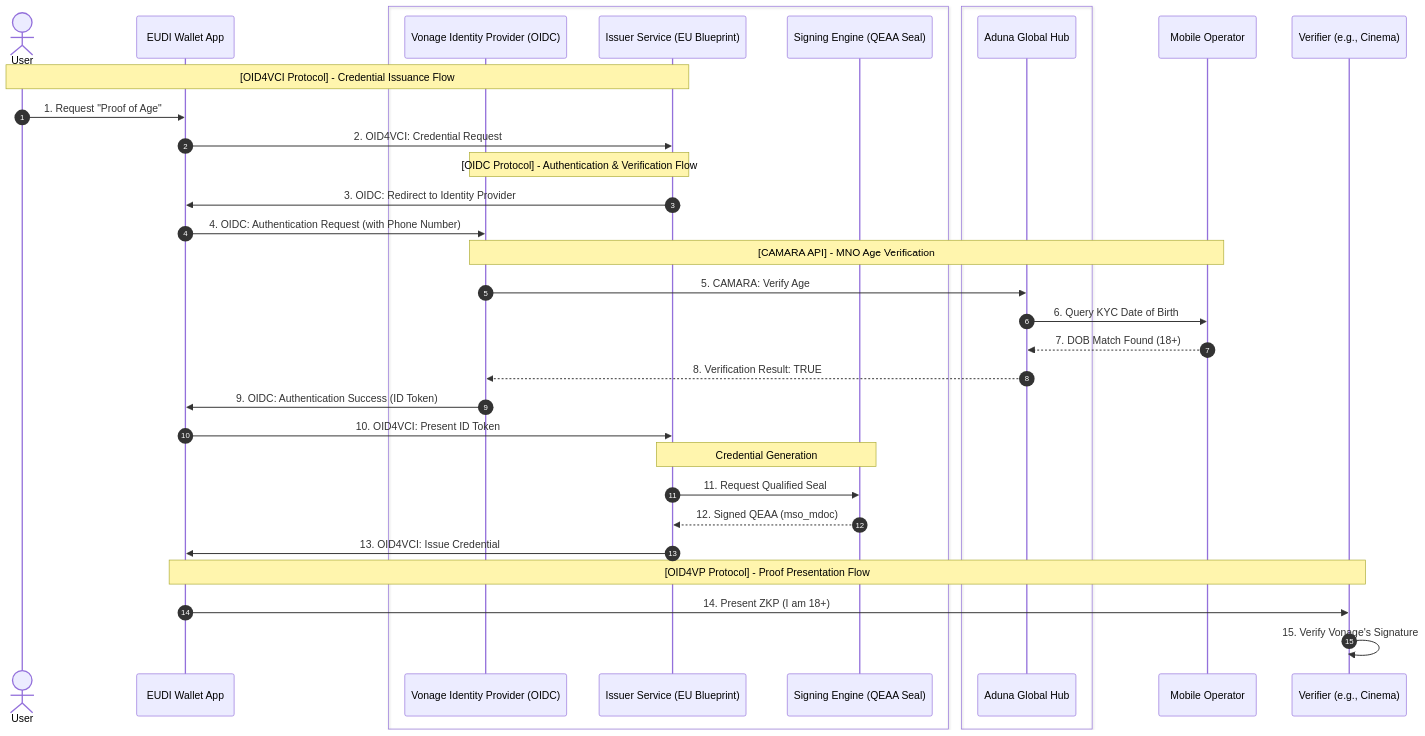
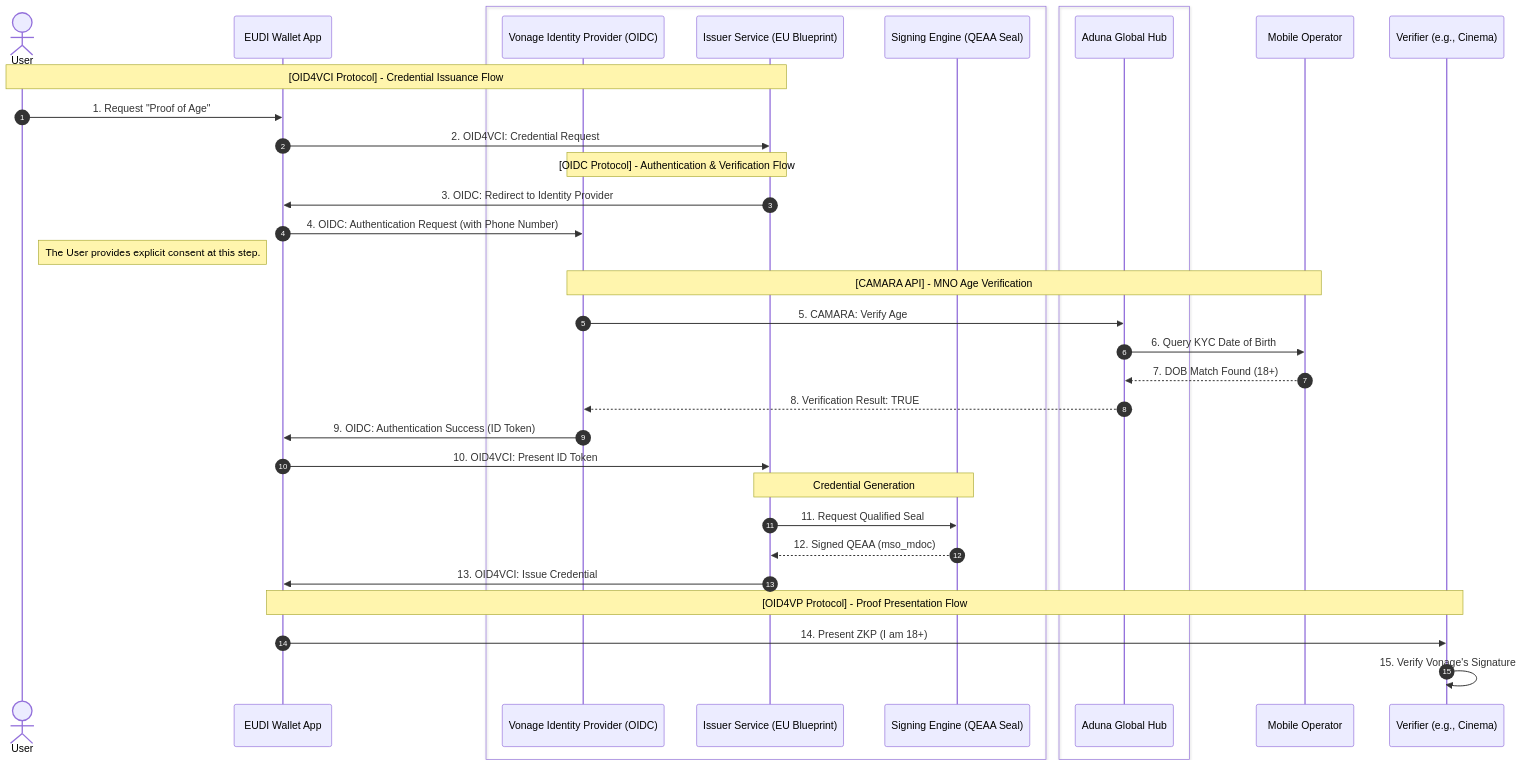
Before and after one commit to hope-vonage/eIDAS-age-verification-blueprint: the diagram in architecture.md, drawn with Mermaid. The commit also changed other lines of this file, not shown here.

Commit message:
docs: Clarify user consent step in architecture

````diff
--- a/architecture.md
+++ b/architecture.md
@@ -9,46 +9,47 @@
 ```mermaid
 sequenceDiagram
     autonumber
     actor User
     participant Wallet as EUDI Wallet App
 
     box #F9F9F9 "Vonage Services"
         participant IdP as Vonage Identity Provider (OIDC)
         participant Iss as Issuer Service (EU Blueprint)
         participant Sign as Signing Engine (QEAA Seal)
     end
     
     box #E1F5FE "Verification Hub"
         participant Aduna as Aduna Global Hub
     end
     
     participant MNO as Mobile Operator
     participant Ver as Verifier (e.g., Cinema)
 
     Note over User, Iss: [OID4VCI Protocol] - Credential Issuance Flow
     User->>Wallet: 1. Request "Proof of Age"
     Wallet->>Iss: 2. OID4VCI: Credential Request
     
     Note over Iss, IdP: [OIDC Protocol] - Authentication & Verification Flow
     Iss->>Wallet: 3. OIDC: Redirect to Identity Provider
     Wallet->>IdP: 4. OIDC: Authentication Request (with Phone Number)
+    Note right of User: The User provides explicit consent at this step.
     
     Note over IdP, MNO: [CAMARA API] - MNO Age Verification
     IdP->>Aduna: 5. CAMARA: Verify Age
     Aduna->>MNO: 6. Query KYC Date of Birth
     MNO-->>Aduna: 7. DOB Match Found (18+)
     Aduna-->>IdP: 8. Verification Result: TRUE
     
     IdP->>Wallet: 9. OIDC: Authentication Success (ID Token)
     Wallet->>Iss: 10. OID4VCI: Present ID Token
     
     Note over Iss, Sign: Credential Generation
     Iss->>Sign: 11. Request Qualified Seal
     Sign-->>Iss: 12. Signed QEAA (mso_mdoc)
     
     Iss->>Wallet: 13. OID4VCI: Issue Credential
     
     Note over Wallet, Ver: [OID4VP Protocol] - Proof Presentation Flow
     Wallet->>Ver: 14. Present ZKP (I am 18+)
     Ver->>Ver: 15. Verify Vonage's Signature
 ```
````
